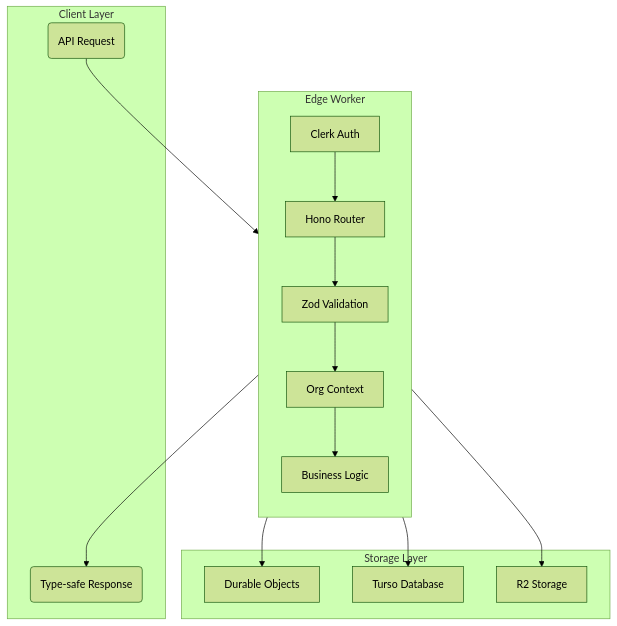
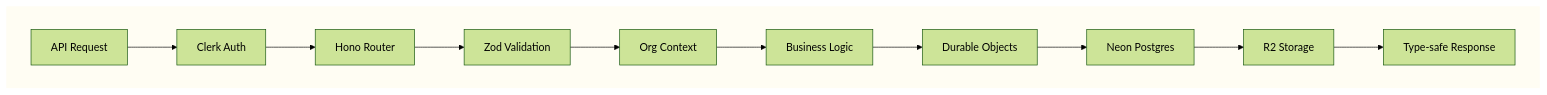
Before and after one commit to codevibesmatter/admin-cloudflare: the second of 12 diagrams in docs/ARCHITECTURE.md, drawn with Mermaid (forest theme). The commit also changed other lines of this file and 18 other files, not shown here.

````diff
--- a/docs/ARCHITECTURE.md
+++ b/docs/ARCHITECTURE.md
@@ -75,33 +78,27 @@
 ```mermaid
 graph TB
-    subgraph Client["Client Layer"]
-        Request("API Request")
-        Response("Type-safe Response")
-    end
-
-    subgraph Edge["Edge Worker"]
-        direction TB
+    subgraph bg [" "]
+        style bg fill:#fffdf3,stroke:none
+        
+        Request["API Request"]
         Auth["Clerk Auth"]
         Router["Hono Router"]
         Validate["Zod Validation"]
         Context["Org Context"]
         Logic["Business Logic"]
-        
+        DO["Durable Objects"]
+        DB["Neon Postgres"]
+        R2["R2 Storage"]
+        Response["Type-safe Response"]
+
+        Request --> Auth
         Auth --> Router
         Router --> Validate
         Validate --> Context
         Context --> Logic
+        Logic --> DO
+        DO --> DB
+        DB --> R2
+        R2 --> Response
     end
-
-    subgraph Storage["Storage Layer"]
-        DO["Durable Objects"]
-        DB["Turso Database"]
-        R2["R2 Storage"]
-    end
-
-    Request --> Auth
-    Logic --> DO
-    Logic --> DB
-    Logic --> R2
-    Logic --> Response
 ```
````
